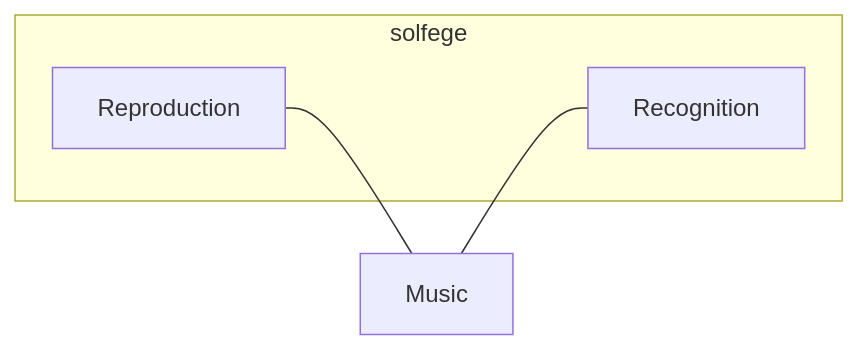
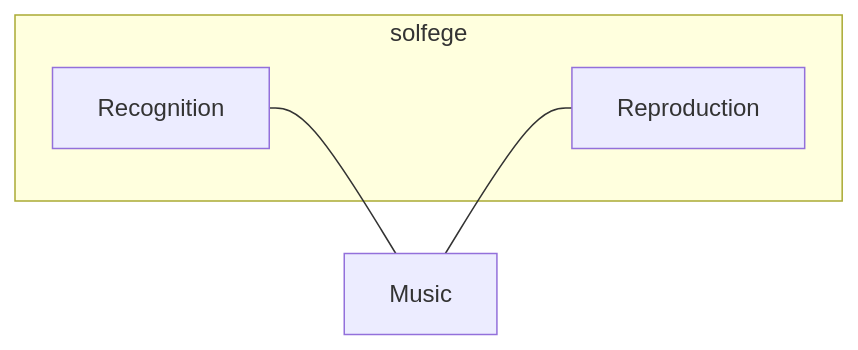
Before and after one commit to sytzez/site: the first of 3 diagrams in content/blog/modes-of-solfege.md, drawn with Mermaid. The commit also changed other lines of this file and 1 other file, not shown here.

````diff
--- a/content/blog/modes-of-solfege.md
+++ b/content/blog/modes-of-solfege.md
@@ -13,10 +13,10 @@
 ```mermaid
 graph RL
         A[Music]
         subgraph solfege
-        B[Reproduction]
-        C[Recognition]
+        B[Recognition]
+        C[Reproduction]
         end
         A---B
         C---A
 ```
````
